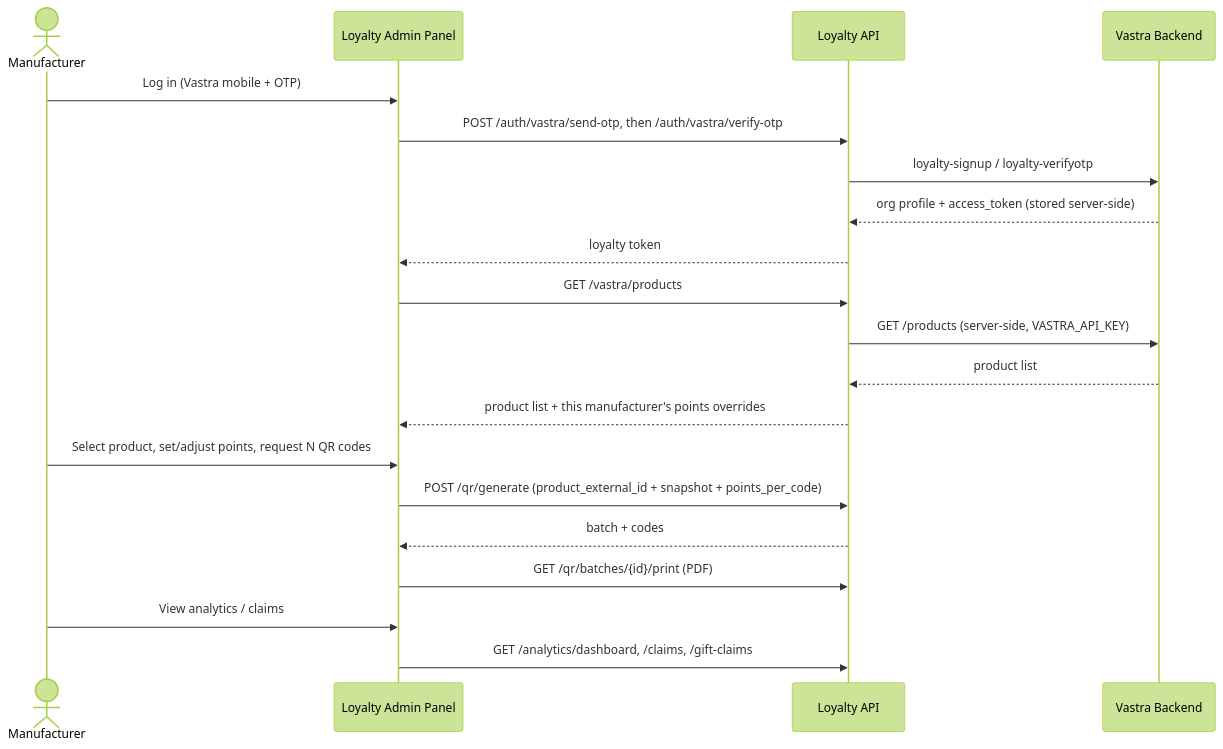
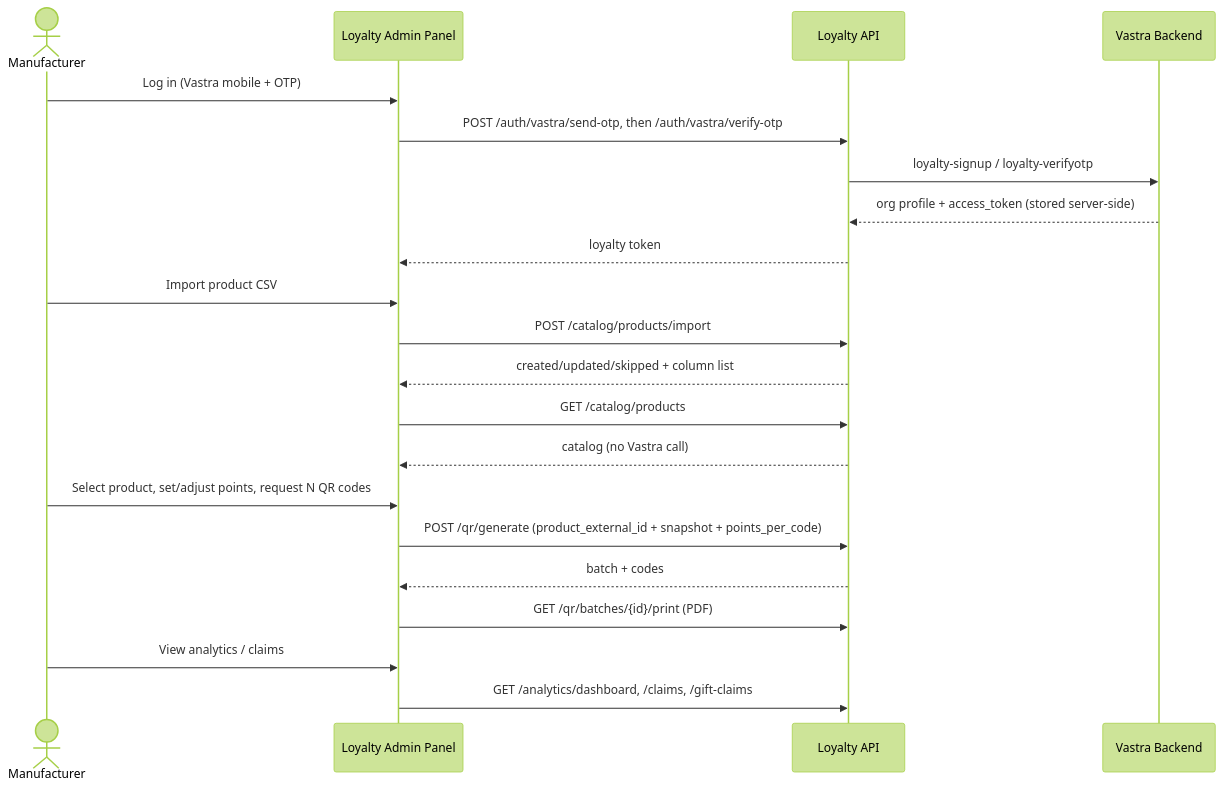
Before and after one commit to vasraj273/Vastra-Loyalty-Program: the second of 5 diagrams in docs/integration/SYSTEM_ARCHITECTURE.md, drawn with Mermaid (forest theme). The commit also changed other lines of this file and 11 other files, not shown here.

````diff
--- a/docs/integration/SYSTEM_ARCHITECTURE.md
+++ b/docs/integration/SYSTEM_ARCHITECTURE.md
@@ -99,22 +98,23 @@
 ```mermaid
 sequenceDiagram
   actor M as Manufacturer
   participant P as Loyalty Admin Panel
   participant L as Loyalty API
   participant VB as Vastra Backend
   M->>P: Log in (Vastra mobile + OTP)
   P->>L: POST /auth/vastra/send-otp, then /auth/vastra/verify-otp
   L->>VB: loyalty-signup / loyalty-verifyotp
   VB-->>L: org profile + access_token (stored server-side)
   L-->>P: loyalty token
-  P->>L: GET /vastra/products
-  L->>VB: GET /products (server-side, VASTRA_API_KEY)
-  VB-->>L: product list
-  L-->>P: product list + this manufacturer's points overrides
+  M->>P: Import product CSV
+  P->>L: POST /catalog/products/import
+  L-->>P: created/updated/skipped + column list
+  P->>L: GET /catalog/products
+  L-->>P: catalog (no Vastra call)
   M->>P: Select product, set/adjust points, request N QR codes
   P->>L: POST /qr/generate (product_external_id + snapshot + points_per_code)
   L-->>P: batch + codes
   P->>L: GET /qr/batches/{id}/print (PDF)
   M->>P: View analytics / claims
   P->>L: GET /analytics/dashboard, /claims, /gift-claims
 ```
````
